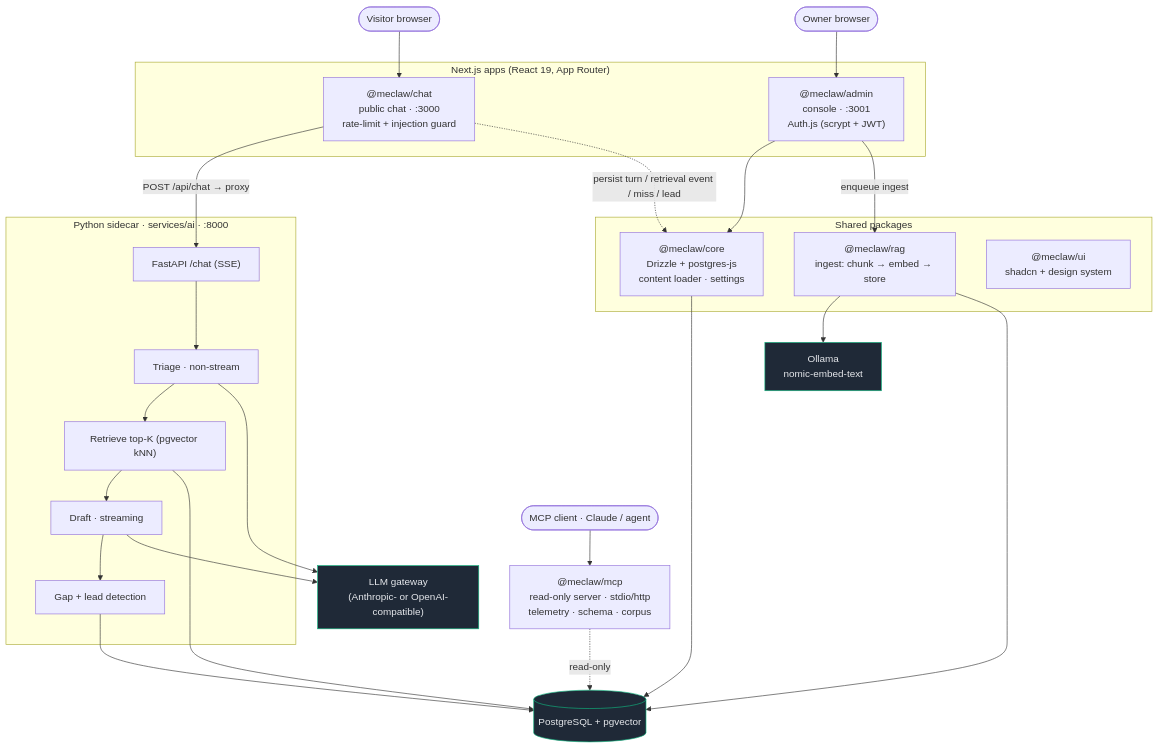
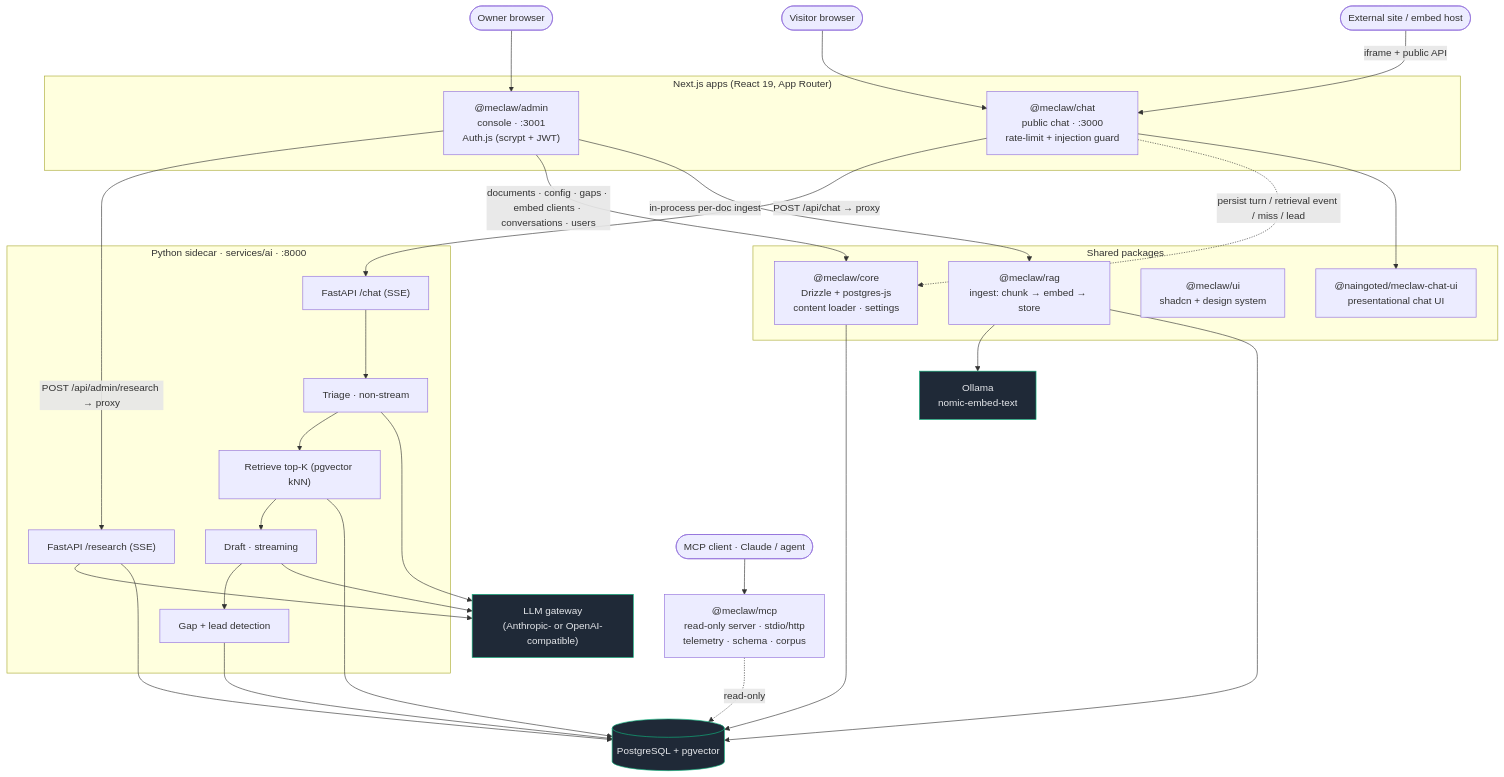
Before and after one commit to naingoted/meclaw: the first of 2 diagrams in README.md, drawn with Mermaid. The commit also changed other lines of this file and 5 other files, not shown here.

Commit message:
docs: align architecture docs with code

````diff
--- a/README.md
+++ b/README.md
@@ -14,53 +14,61 @@
 ```mermaid
 flowchart TB
     visitor([Visitor browser])
     owner([Owner browser])
 
     subgraph next["Next.js apps (React 19, App Router)"]
         chat["@meclaw/chat<br/>public chat · :3000<br/>rate-limit + injection guard"]
         admin["@meclaw/admin<br/>console · :3001<br/>Auth.js (scrypt + JWT)"]
     end
 
     subgraph pkgs["Shared packages"]
         core["@meclaw/core<br/>Drizzle + postgres-js<br/>content loader · settings"]
         rag["@meclaw/rag<br/>ingest: chunk → embed → store"]
         ui["@meclaw/ui<br/>shadcn + design system"]
+        chatui["@naingoted/meclaw-chat-ui<br/>presentational chat UI"]
     end
 
     subgraph sidecar["Python sidecar · services/ai · :8000"]
         api["FastAPI /chat (SSE)"]
+        research["FastAPI /research (SSE)"]
         triage["Triage · non-stream"]
         retrieve["Retrieve top-K (pgvector kNN)"]
         draft["Draft · streaming"]
         gaps["Gap + lead detection"]
         api --> triage --> retrieve --> draft --> gaps
     end
 
     gw["LLM gateway<br/>(Anthropic- or OpenAI-compatible)"]
     ollama["Ollama<br/>nomic-embed-text"]
     pg[("PostgreSQL + pgvector")]
 
     agent([MCP client · Claude / agent])
     mcp["@meclaw/mcp<br/>read-only server · stdio/http<br/>telemetry · schema · corpus"]
+    embed([External site / embed host])
 
     visitor --> chat
+    embed -->|"iframe + public API"| chat
     owner --> admin
     chat -->|"POST /api/chat → proxy"| api
+    admin -->|"POST /api/admin/research → proxy"| research
     chat -. persist turn / retrieval event / miss / lead .-> core
-    admin --> core
-    admin -->|enqueue ingest| rag
+    admin -->|"documents · config · gaps · embed clients · conversations · users"| core
+    admin -->|"in-process per-doc ingest"| rag
 
     triage --> gw
     draft --> gw
+    research --> gw
+    research --> pg
     retrieve --> pg
     rag --> ollama
     rag --> pg
     gaps --> pg
     core --> pg
+    chat --> chatui
 
     agent --> mcp
     mcp -. read-only .-> pg
 
     classDef store fill:#1f2937,stroke:#10b981,color:#e5e7eb
     class pg,ollama,gw store
 ```
````
